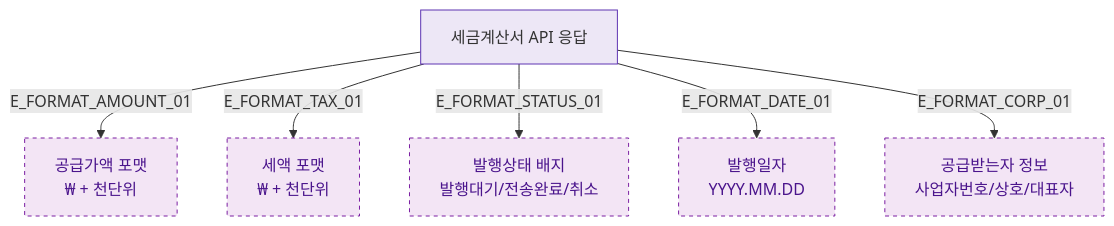
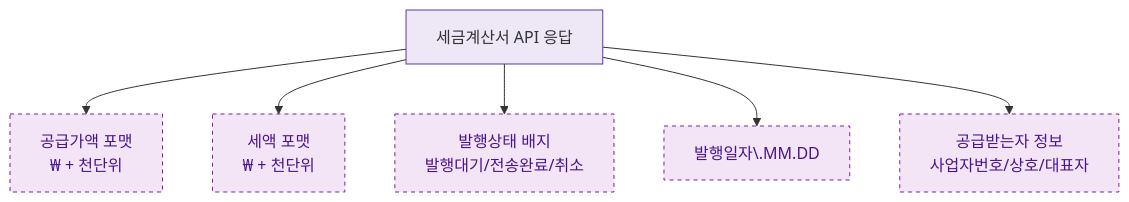
Before and after one commit to dev-spogym/admin-pando: the diagram in docs/다이어그램/D03_매출관리/DLG-S010_세금계산서상세/M2_필드검증.md, drawn with Mermaid. The commit also changed other lines of this file and 1660 other files, not shown here.

First line of the commit message:
다이어그램: 기획자/클라이언트 납품본으로 정리

````diff
--- a/docs/다이어그램/D03_매출관리/DLG-S010_세금계산서상세/M2_필드검증.md
+++ b/docs/다이어그램/D03_매출관리/DLG-S010_세금계산서상세/M2_필드검증.md
@@ -20,14 +18,14 @@
 ```mermaid
 flowchart TD
-    DATA[세금계산서 API 응답] -->|E_FORMAT_AMOUNT_01| SUPPLY[공급가액 포맷\n₩ + 천단위]
-    DATA -->|E_FORMAT_TAX_01| TAX[세액 포맷\n₩ + 천단위]
-    DATA -->|E_FORMAT_STATUS_01| STATUS[발행상태 배지\n발행대기/전송완료/취소]
-    DATA -->|E_FORMAT_DATE_01| ISSUE_DATE[발행일자\nYYYY.MM.DD]
-    DATA -->|E_FORMAT_CORP_01| CORP_INFO[공급받는자 정보\n사업자번호/상호/대표자]
+    DATA[세금계산서 API 응답] --> SUPPLY[공급가액 포맷\n₩ + 천단위]
+    DATA --> TAX[세액 포맷\n₩ + 천단위]
+    DATA --> STATUS[발행상태 배지\n발행대기/전송완료/취소]
+    DATA --> ISSUE_DATE[발행일자\.MM.DD]
+    DATA --> CORP_INFO[공급받는자 정보\n사업자번호/상호/대표자]
 
     classDef system fill:#EDE7F6,stroke:#5E35B2
     classDef newFeature fill:#F3E5F5,stroke:#7B1FA2,color:#4A148C,stroke-dasharray:4 4
 
     class DATA system
     class SUPPLY,TAX,STATUS,ISSUE_DATE,CORP_INFO newFeature
 ```
````
